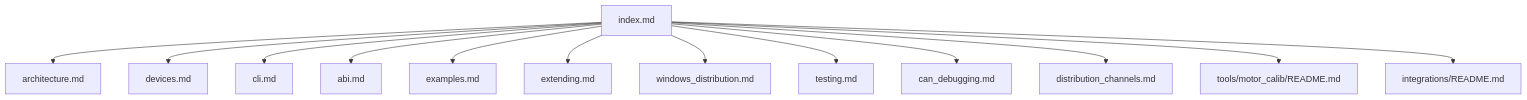
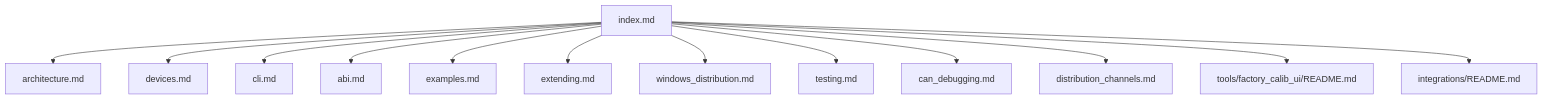
One commit to tianrking/motorbridge changed the diagram in docs/en/index.md. Above: the diagram before and after it, drawn with Mermaid. The commit also changed other lines of this file and 54 other files, not shown here.

First line of the commit message:
feat(ws-gateway,ui): refactor factory calib workflow and harden gateway session handling

````diff
--- a/docs/en/index.md
+++ b/docs/en/index.md
@@ -7,15 +7,15 @@
 ```mermaid
 flowchart TD
   IDX["index.md"] --> ARCH["architecture.md"]
   IDX --> DEV["devices.md"]
   IDX --> CLI["cli.md"]
   IDX --> ABI["abi.md"]
   IDX --> EX["examples.md"]
   IDX --> EXT["extending.md"]
   IDX --> WIN["windows_distribution.md"]
   IDX --> TST["testing.md"]
   IDX --> CANDBG["can_debugging.md"]
   IDX --> DIST["distribution_channels.md"]
-  IDX --> CAL["tools/motor_calib/README.md"]
+  IDX --> CAL["tools/factory_calib_ui/README.md"]
   IDX --> INT["integrations/README.md"]
 ```
````
